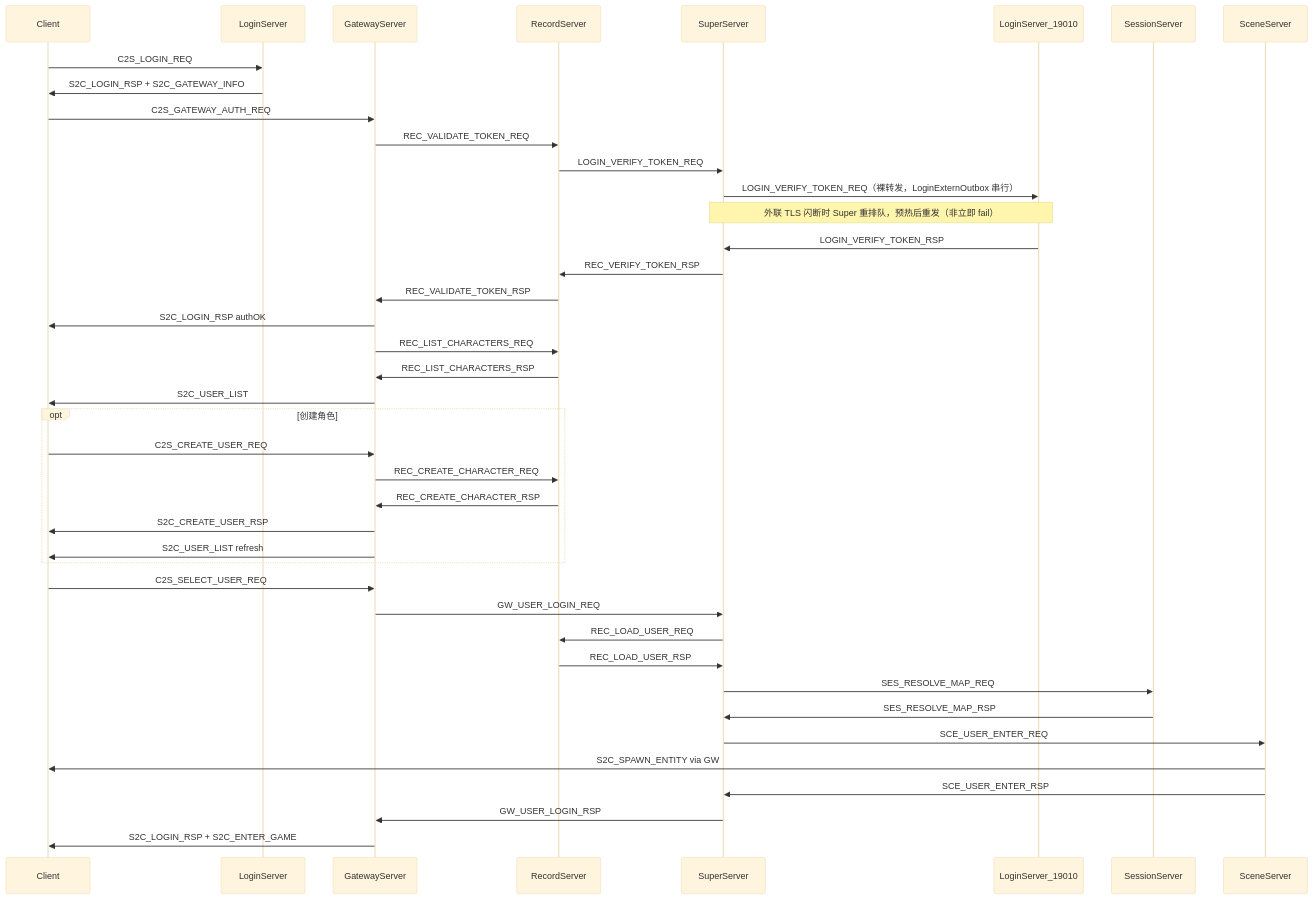
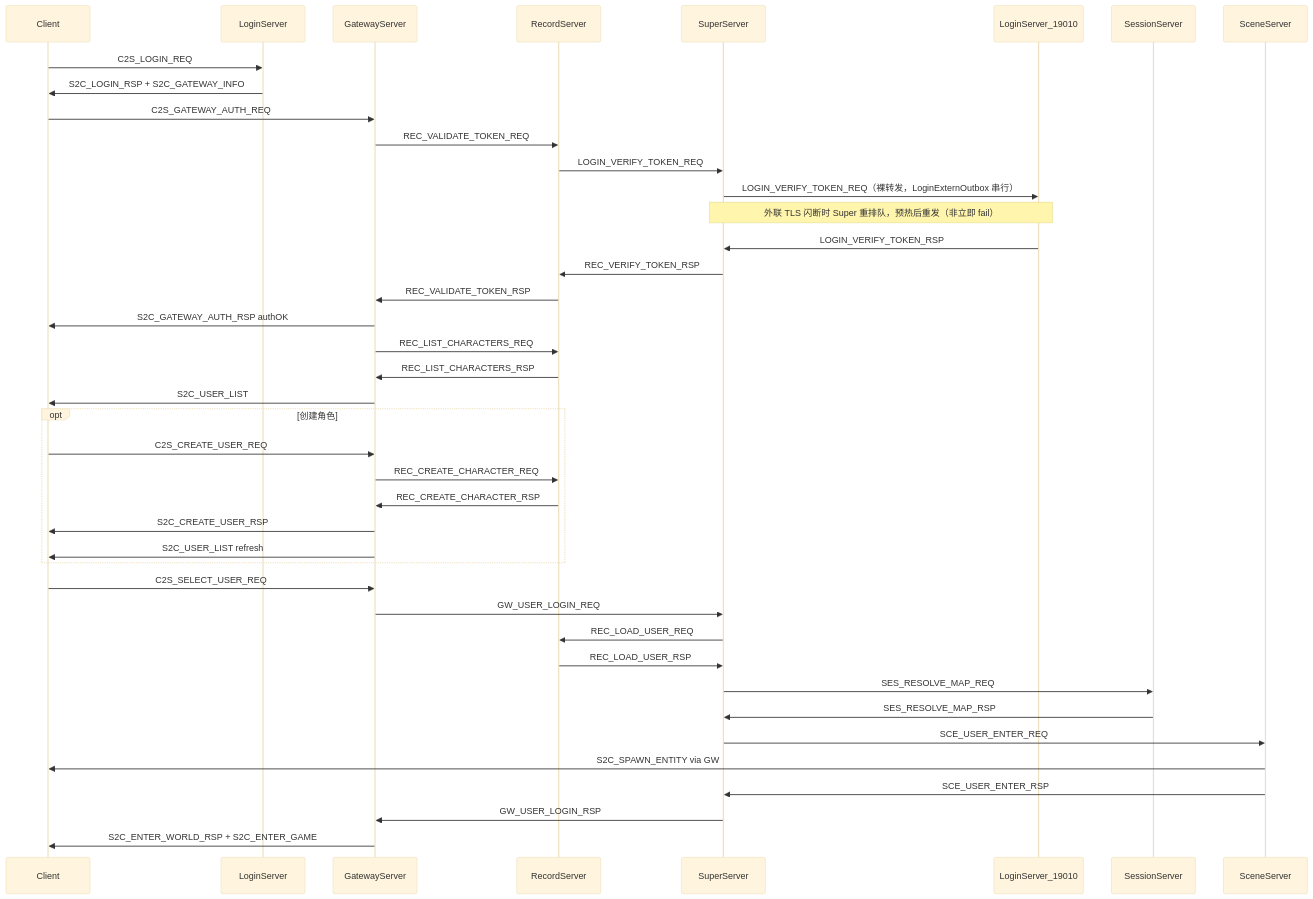
The first of 2 diagrams in docs/LOGIN_CHAR_FLOW.md (hechuangguo/RPG_Server), drawn with Mermaid (base theme) before and after one commit. The commit also changed other lines of this file and 26 other files, not shown here.

````diff
--- a/docs/LOGIN_CHAR_FLOW.md
+++ b/docs/LOGIN_CHAR_FLOW.md
@@ -44,46 +44,46 @@
 ```mermaid
 sequenceDiagram
     participant C as Client
     participant L as LoginServer
     participant G as GatewayServer
     participant R as RecordServer
     participant S as SuperServer
     participant LReg as LoginServer_19010
     participant Ses as SessionServer
     participant Sc as SceneServer
 
     C->>L: C2S_LOGIN_REQ
     L->>C: S2C_LOGIN_RSP + S2C_GATEWAY_INFO
     C->>G: C2S_GATEWAY_AUTH_REQ
     G->>R: REC_VALIDATE_TOKEN_REQ
     R->>S: LOGIN_VERIFY_TOKEN_REQ
     S->>LReg: LOGIN_VERIFY_TOKEN_REQ（裸转发，LoginExternOutbox 串行）
     Note over S,LReg: 外联 TLS 闪断时 Super 重排队，预热后重发（非立即 fail）
     LReg->>S: LOGIN_VERIFY_TOKEN_RSP
     S->>R: REC_VERIFY_TOKEN_RSP
     R->>G: REC_VALIDATE_TOKEN_RSP
-    G->>C: S2C_LOGIN_RSP authOK
+    G->>C: S2C_GATEWAY_AUTH_RSP authOK
     G->>R: REC_LIST_CHARACTERS_REQ
     R->>G: REC_LIST_CHARACTERS_RSP
     G->>C: S2C_USER_LIST
 
     opt 创建角色
         C->>G: C2S_CREATE_USER_REQ
         G->>R: REC_CREATE_CHARACTER_REQ
         R->>G: REC_CREATE_CHARACTER_RSP
         G->>C: S2C_CREATE_USER_RSP
         G->>C: S2C_USER_LIST refresh
     end
 
     C->>G: C2S_SELECT_USER_REQ
     G->>S: GW_USER_LOGIN_REQ
     S->>R: REC_LOAD_USER_REQ
     R->>S: REC_LOAD_USER_RSP
     S->>Ses: SES_RESOLVE_MAP_REQ
     Ses->>S: SES_RESOLVE_MAP_RSP
     S->>Sc: SCE_USER_ENTER_REQ
     Sc->>C: S2C_SPAWN_ENTITY via GW
     Sc->>S: SCE_USER_ENTER_RSP
     S->>G: GW_USER_LOGIN_RSP
-    G->>C: S2C_LOGIN_RSP + S2C_ENTER_GAME
+    G->>C: S2C_ENTER_WORLD_RSP + S2C_ENTER_GAME
 ```
````
